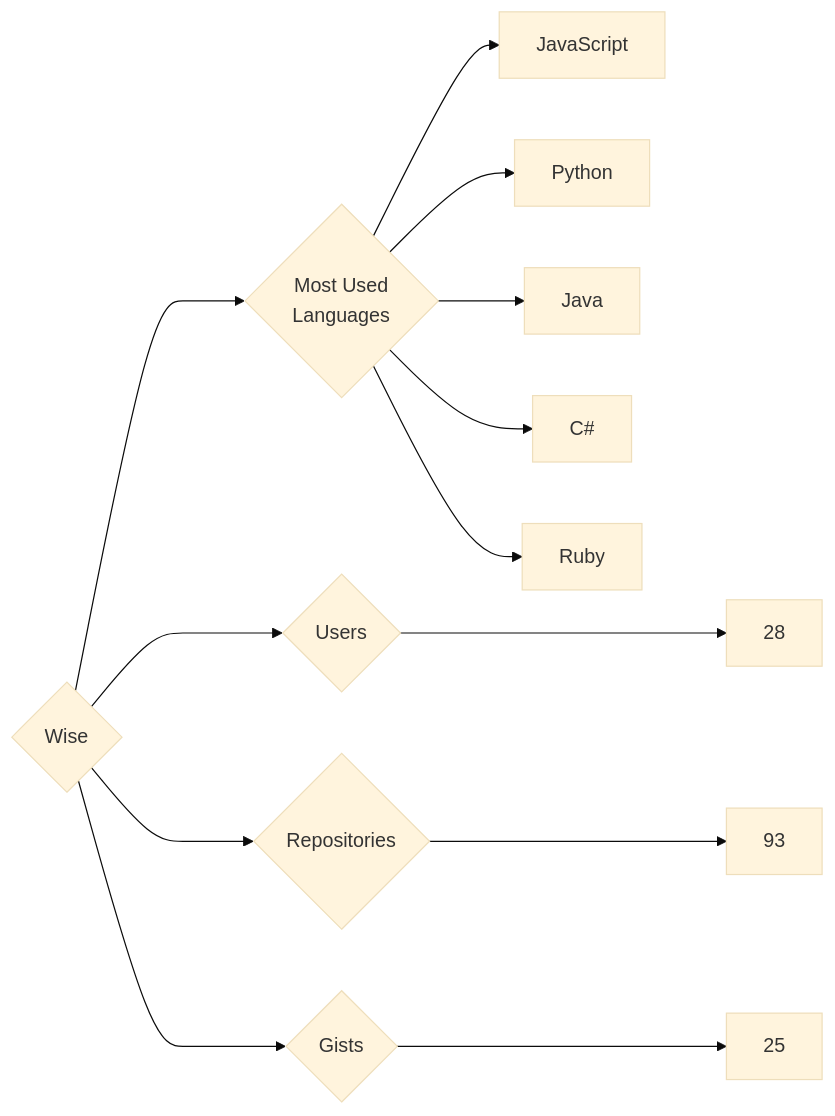
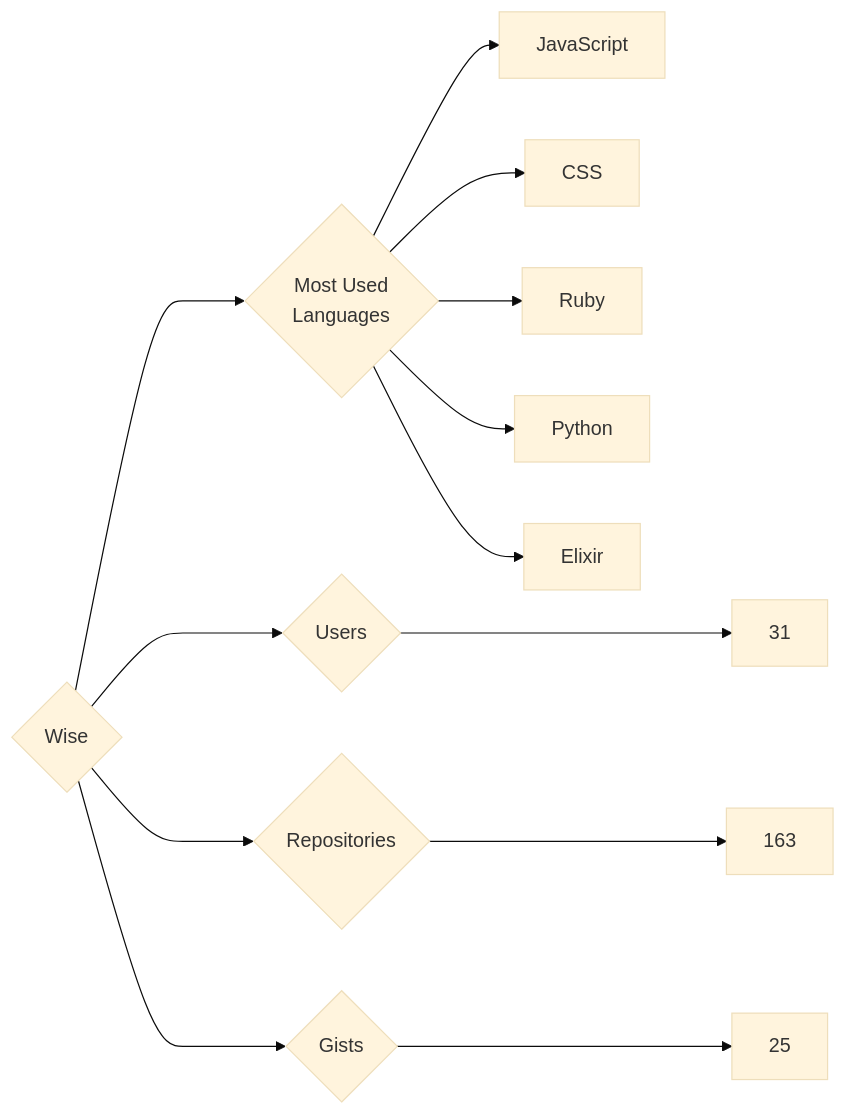
The diagram in targets/Wise/README.md (trickest/insiders), drawn with Mermaid (base theme) before and after one commit. The commit also changed 895 other files, not shown here.

````diff
--- a/targets/Wise/README.md
+++ b/targets/Wise/README.md
@@ -3,13 +3,13 @@
 ```mermaid
 graph LR
 COMPANY_NAME{Wise}
-COMPANY_NAME ---> U{Users} ---> UN[28]
-COMPANY_NAME ---> R{Repositories} ---> RN[93]
+COMPANY_NAME ---> U{Users} ---> UN[31]
+COMPANY_NAME ---> R{Repositories} ---> RN[163]
 COMPANY_NAME ---> G{Gists} ---> GN[25]
 COMPANY_NAME ---> ML{Most Used<br>Languages}
 ML --> JavaScript[JavaScript]
+ML --> CSS[CSS]
+ML --> Ruby[Ruby]
 ML --> Python[Python]
-ML --> Java[Java]
-ML --> C#[C#]
-ML --> Ruby[Ruby]
+ML --> Elixir[Elixir]
 ```
````
